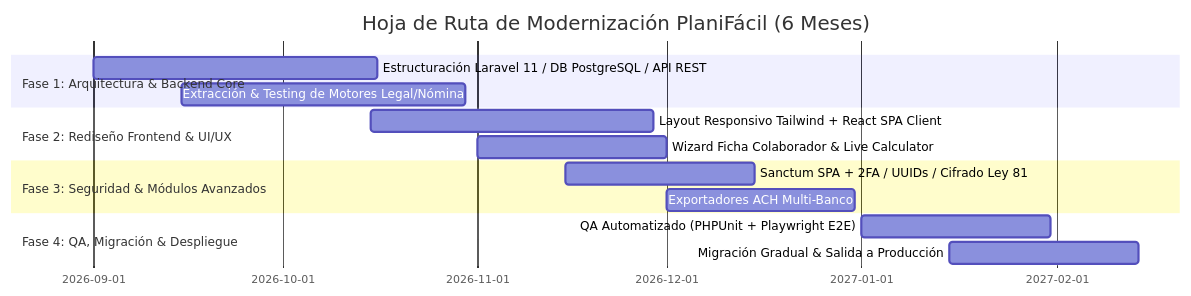
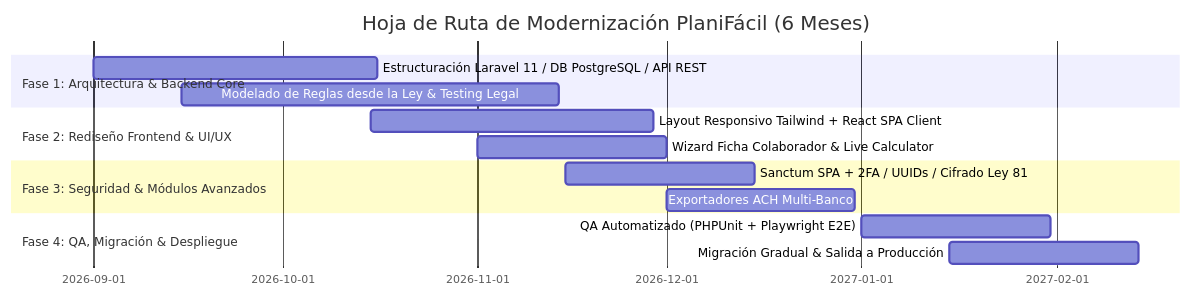
Before and after one commit to ba2sai/nomix: the fifth of 5 diagrams in docs/nomix/01_propuesta_mejora_planifacil.md, drawn with Mermaid. The commit also changed other lines of this file and 3 other files, not shown here.

````diff
--- a/docs/nomix/01_propuesta_mejora_planifacil.md
+++ b/docs/nomix/01_propuesta_mejora_planifacil.md
@@ -216,17 +218,17 @@
 ```mermaid
 gantt
     title Hoja de Ruta de Modernización PlaniFácil (6 Meses)
     dateFormat  YYYY-MM-DD
     section Fase 1: Arquitectura & Backend Core
     Estructuración Laravel 11 / DB PostgreSQL / API REST :2026-09-01, 45d
-    Extracción & Testing de Motores Legal/Nómina        :2026-09-15, 45d
+    Modelado de Reglas desde la Ley & Testing Legal     :2026-09-15, 60d
     section Fase 2: Rediseño Frontend & UI/UX
     Layout Responsivo Tailwind + React SPA Client       :2026-10-15, 45d
     Wizard Ficha Colaborador & Live Calculator          :2026-11-01, 30d
     section Fase 3: Seguridad & Módulos Avanzados
     Sanctum SPA + 2FA / UUIDs / Cifrado Ley 81          :2026-11-15, 30d
     Exportadores ACH Multi-Banco                         :2026-12-01, 30d
     section Fase 4: QA, Migración & Despliegue
     QA Automatizado (PHPUnit + Playwright E2E)          :2027-01-01, 30d
     Migración Gradual & Salida a Producción             :2027-01-15, 30d
 ```
````
